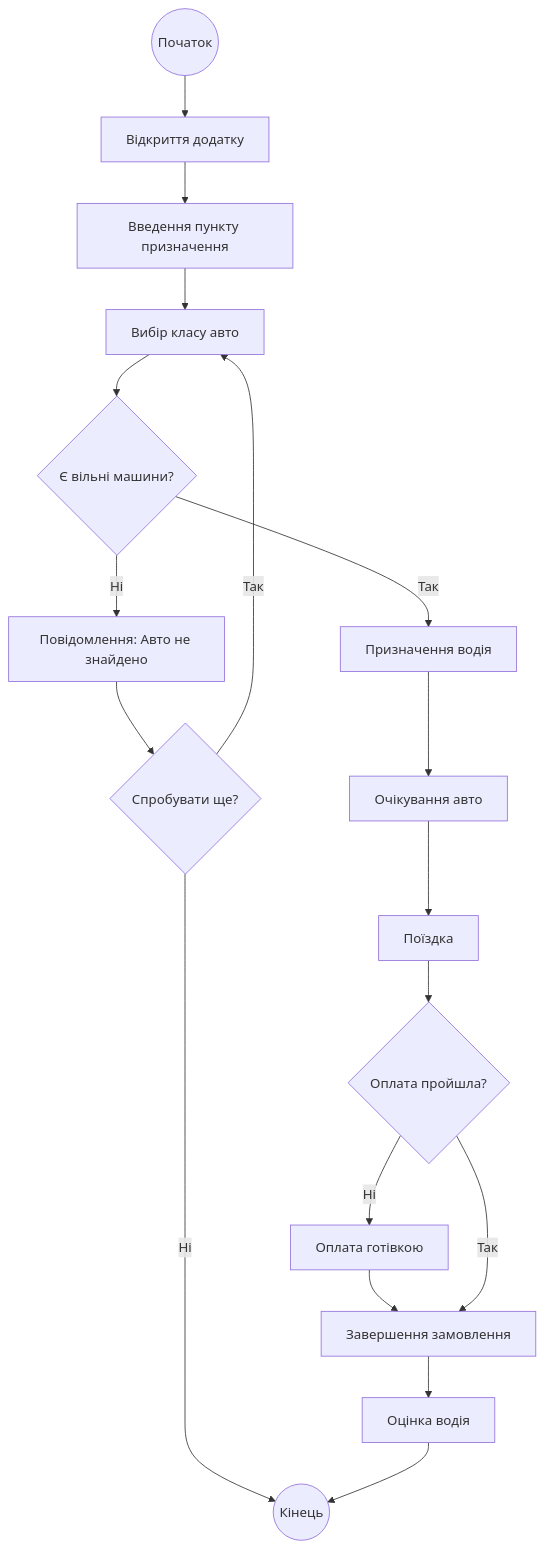
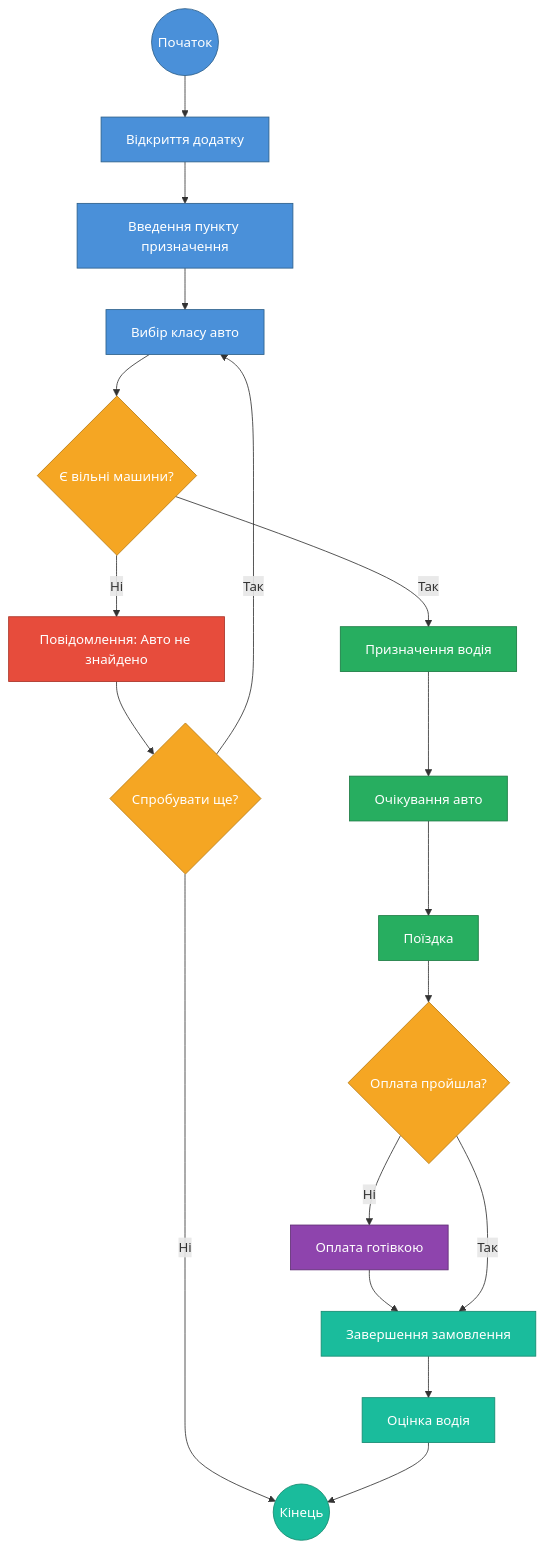
Before and after one commit to Leg1on233/pz-UML: the third of 3 diagrams in diagram.md, drawn with Mermaid. The commit also changed other lines of this file, not shown here.

````diff
--- a/diagram.md
+++ b/diagram.md
@@ -76,24 +78,38 @@
 ```mermaid
 flowchart TD
+    classDef blue fill:#4A90D9,stroke:#2C5F8A,color:#fff
+    classDef orange fill:#F5A623,stroke:#B87A10,color:#fff
+    classDef red fill:#E74C3C,stroke:#A93226,color:#fff
+    classDef green fill:#27AE60,stroke:#1A7A42,color:#fff
+    classDef purple fill:#8E44AD,stroke:#5E2D73,color:#fff
+    classDef teal fill:#1ABC9C,stroke:#148A70,color:#fff
+
     Start((Початок)) --> OpenApp[Відкриття додатку]
     OpenApp --> EnterDest[Введення пункту призначення]
     EnterDest --> SelectCar[Вибір класу авто]
     SelectCar --> Search{Є вільні машини?}
 
     Search -- Ні --> Notify[Повідомлення: Авто не знайдено]
     Notify --> Retry{Спробувати ще?}
     Retry -- Так --> SelectCar
     Retry -- Ні --> End((Кінець))
 
     Search -- Так --> ConnectDriver[Призначення водія]
     ConnectDriver --> WaitCar[Очікування авто]
     WaitCar --> Ride[Поїздка]
     Ride --> Payment{Оплата пройшла?}
 
     Payment -- Ні --> CashPay[Оплата готівкою]
     CashPay --> FinishRide
     Payment -- Так --> FinishRide[Завершення замовлення]
 
     FinishRide --> Rate[Оцінка водія]
     Rate --> End
+
+    class Start,OpenApp,EnterDest,SelectCar blue
+    class Search,Retry,Payment orange
+    class Notify red
+    class ConnectDriver,WaitCar,Ride green
+    class CashPay purple
+    class FinishRide,Rate,End teal
 ```
````
